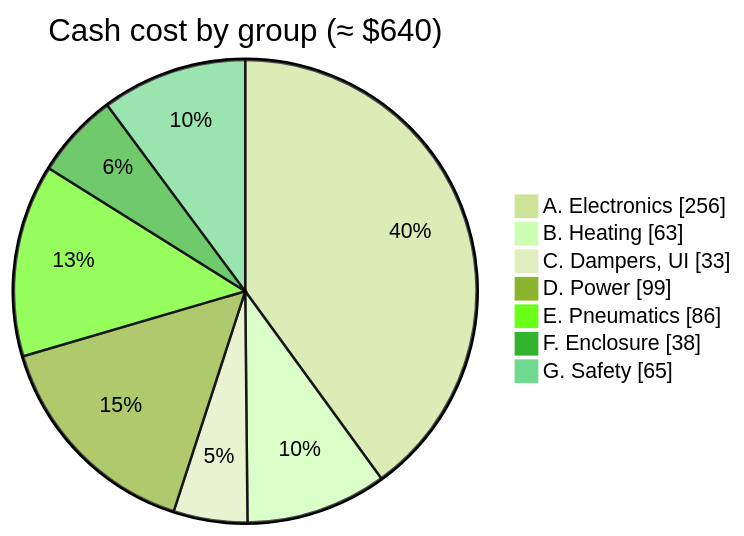
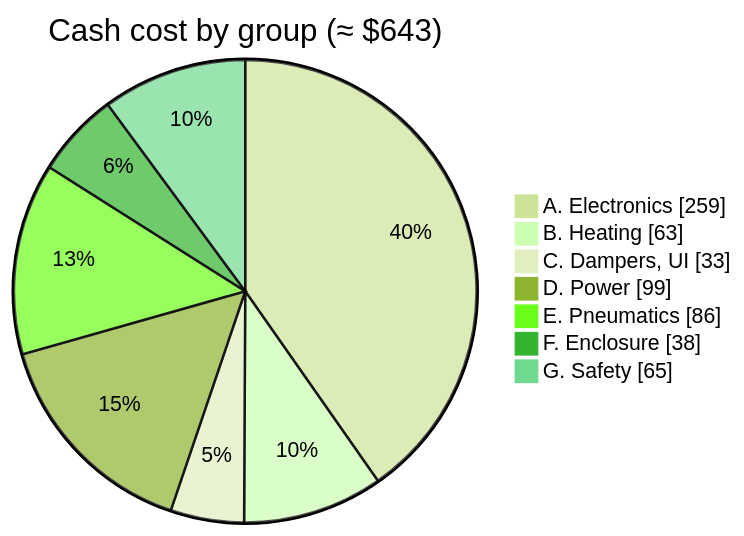
The diagram in docs/03_bill_of_materials.md (BashfulBits/3dp-fleet-exhaust), drawn with Mermaid (forest theme) before and after one commit. The commit also changed other lines of this file and 4 other files, not shown here.

````diff
--- a/docs/03_bill_of_materials.md
+++ b/docs/03_bill_of_materials.md
@@ -28,11 +28,11 @@
 ```mermaid
 pie showData
-  title Cash cost by group (≈ $640)
-  "A. Electronics" : 256
+  title Cash cost by group (≈ $643)
+  "A. Electronics" : 259
   "B. Heating" : 63
   "C. Dampers, UI" : 33
   "D. Power" : 99
   "E. Pneumatics" : 86
   "F. Enclosure" : 38
   "G. Safety" : 65
 ```
````
